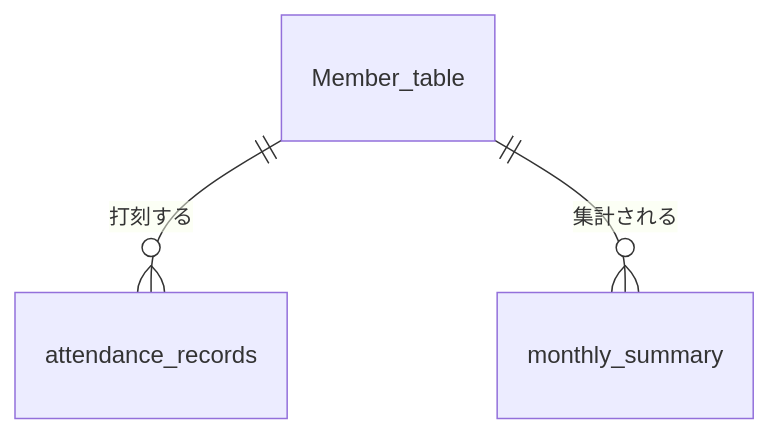
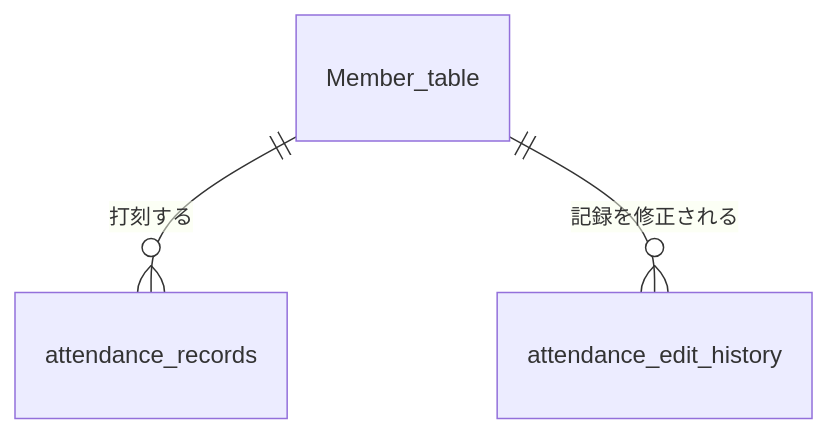
Before and after one commit to rabin0630/DiscordWorkLogger: the third of 3 diagrams in docs/attendance_requirements_and_design/basic_design.md, drawn with Mermaid. The commit also changed other lines of this file and 1 other file, not shown here.

````diff
--- a/docs/attendance_requirements_and_design/basic_design.md
+++ b/docs/attendance_requirements_and_design/basic_design.md
@@ -76,5 +210,5 @@
 ```mermaid
 erDiagram
     Member_table ||--o{ attendance_records : "打刻する"
-    Member_table ||--o{ monthly_summary : "集計される"
+    Member_table ||--o{ attendance_edit_history : "記録を修正される"
 ```
````
